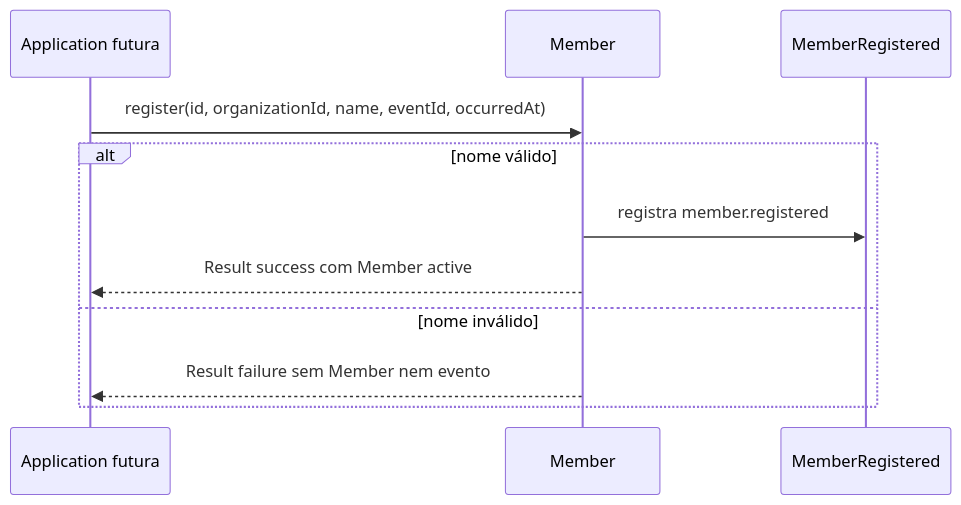
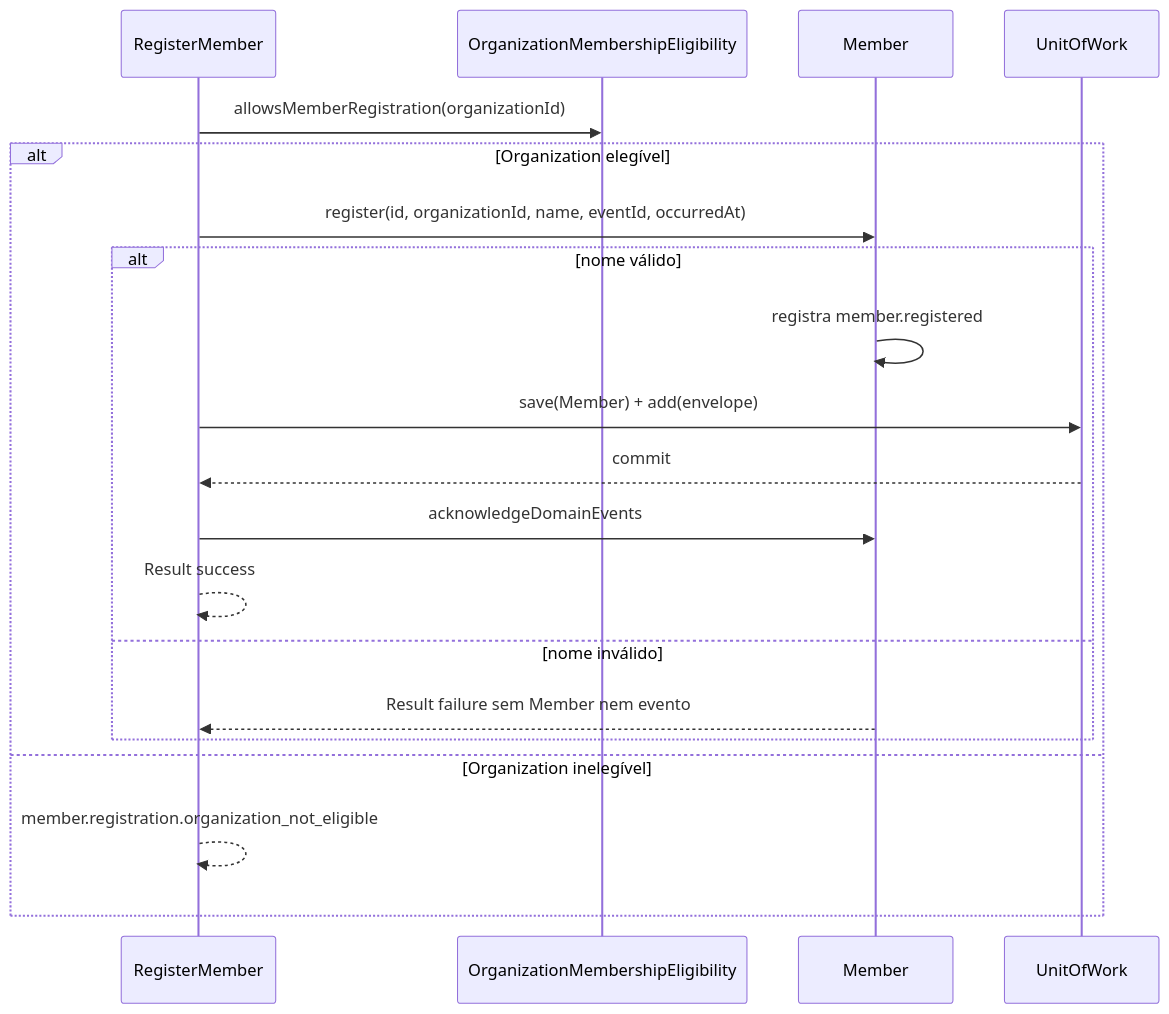
One commit to MauricioGomes02/servir changed the diagram in docs/domain/membership.md. Above: the diagram before and after it, drawn with Mermaid. The commit also changed other lines of this file and 18 other files, not shown here.

First line of the commit message:
feat(membership): add the member registration use case

````diff
--- a/docs/domain/membership.md
+++ b/docs/domain/membership.md
@@ -41,13 +41,22 @@
 ```mermaid
 sequenceDiagram
-    participant A as Application futura
+    participant A as RegisterMember
+    participant O as OrganizationMembershipEligibility
     participant M as Member
-    participant E as MemberRegistered
-    A->>M: register(id, organizationId, name, eventId, occurredAt)
-    alt nome válido
-        M->>E: registra member.registered
-        M-->>A: Result success com Member active
-    else nome inválido
-        M-->>A: Result failure sem Member nem evento
+    participant U as UnitOfWork
+    A->>O: allowsMemberRegistration(organizationId)
+    alt Organization elegível
+        A->>M: register(id, organizationId, name, eventId, occurredAt)
+        alt nome válido
+            M->>M: registra member.registered
+            A->>U: save(Member) + add(envelope)
+            U-->>A: commit
+            A->>M: acknowledgeDomainEvents
+            A-->>A: Result success
+        else nome inválido
+            M-->>A: Result failure sem Member nem evento
+        end
+    else Organization inelegível
+        A-->>A: member.registration.organization_not_eligible
     end
 ```
````
